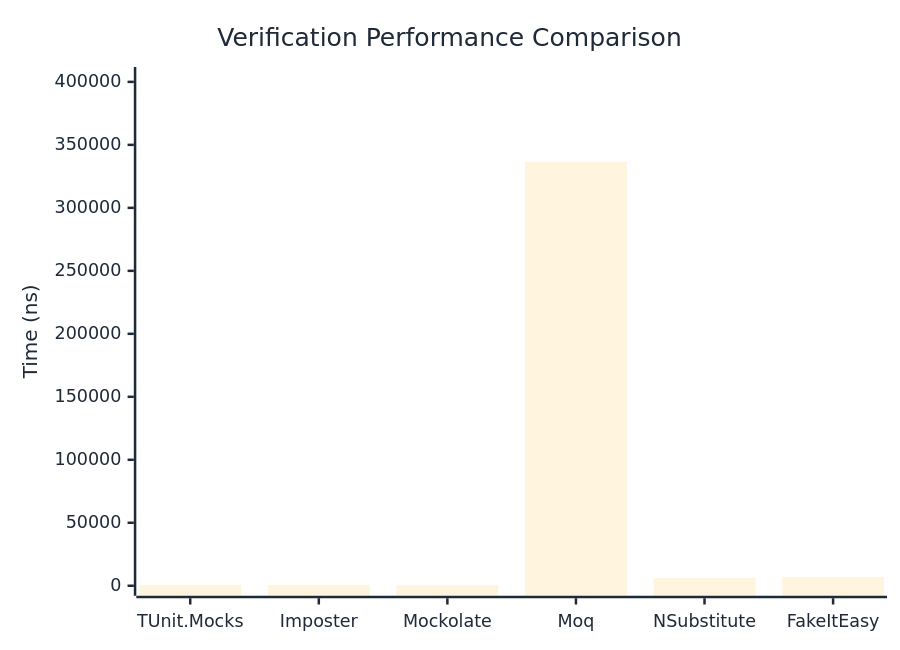
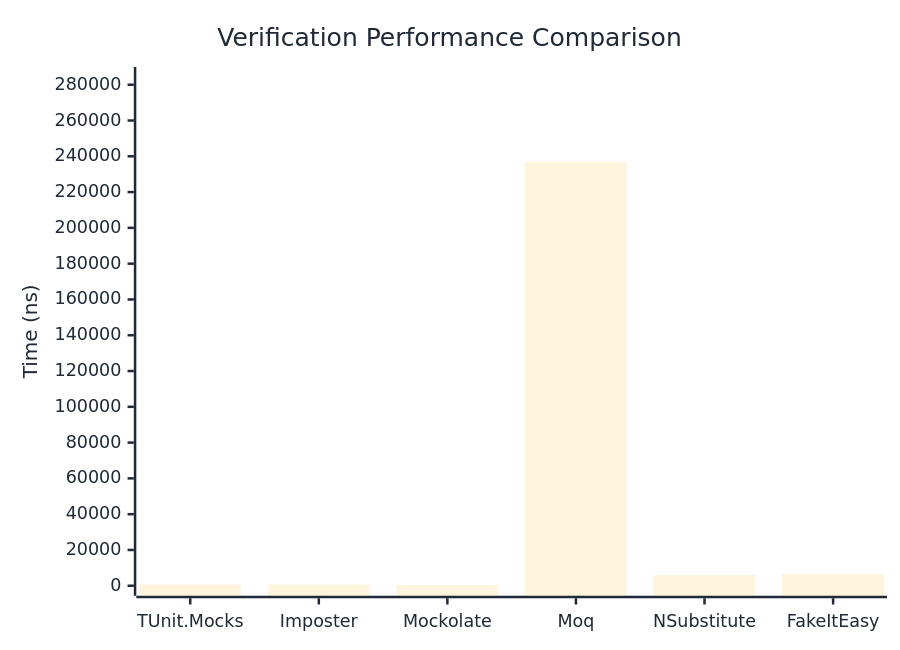
The first of 3 diagrams in docs/docs/benchmarks/mocks/Verification.md (weiyilai/TUnit), drawn with Mermaid before and after one commit. The commit also changed other lines of this file and 14 other files, not shown here.

````diff
--- a/docs/docs/benchmarks/mocks/Verification.md
+++ b/docs/docs/benchmarks/mocks/Verification.md
@@ -28,27 +28,27 @@
 ```mermaid
 %%{init: {
   'theme':'base',
   'themeVariables': {
     'primaryColor': '#2563eb',
     'primaryTextColor': '#1f2937',
     'primaryBorderColor': '#1e40af',
     'lineColor': '#6b7280',
     'secondaryColor': '#7c3aed',
     'tertiaryColor': '#dc2626',
     'background': '#ffffff',
     'pie1': '#2563eb',
     'pie2': '#7c3aed',
     'pie3': '#dc2626',
     'pie4': '#f59e0b',
     'pie5': '#10b981',
     'pie6': '#06b6d4',
     'pie7': '#ec4899',
     'pie8': '#6366f1'
   }
 }}%%
 xychart-beta
   title "Verification Performance Comparison"
   x-axis ["TUnit.Mocks", "Imposter", "Mockolate", "Moq", "NSubstitute", "FakeItEasy"]
-  y-axis "Time (ns)" 0 --> 403878
-  bar [650.23, 678.46, 390.63, 336564.76, 6141.24, 7042.11]
+  y-axis "Time (ns)" 0 --> 284318
+  bar [714.61, 664.96, 402.97, 236931.26, 5970.47, 6607.76]
 ```
````
